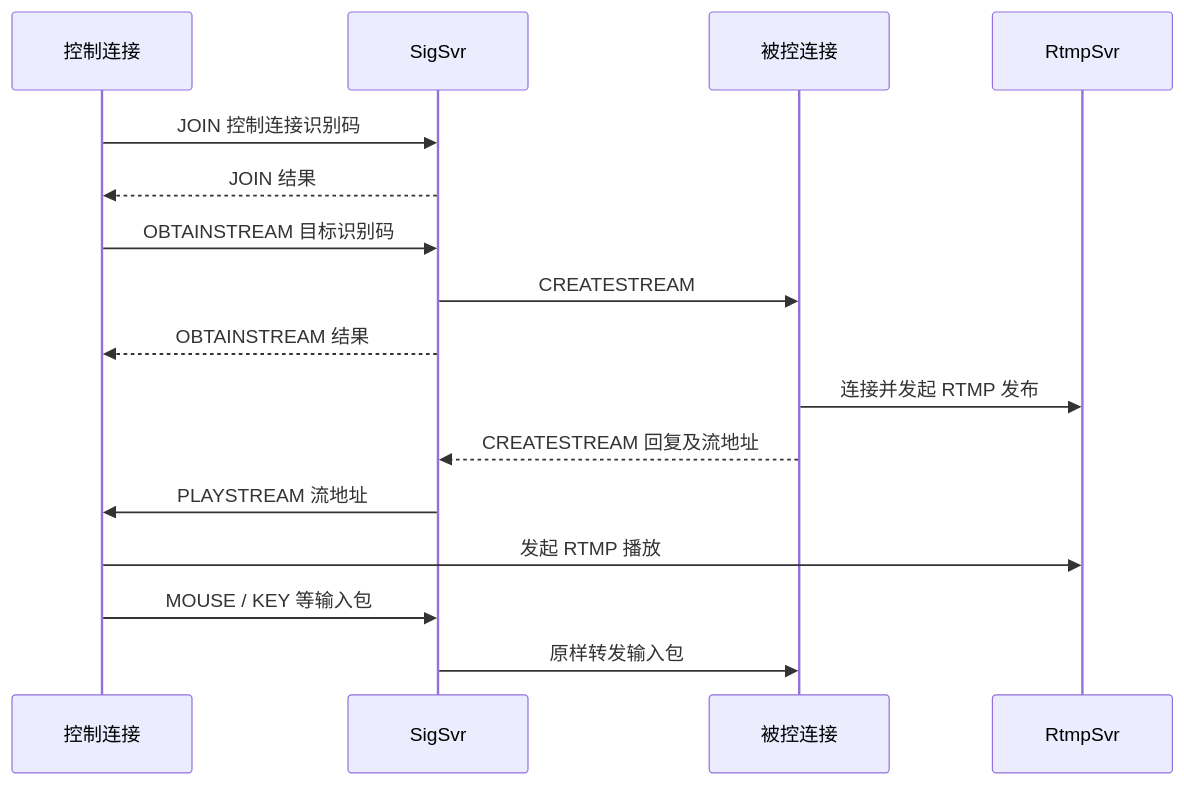
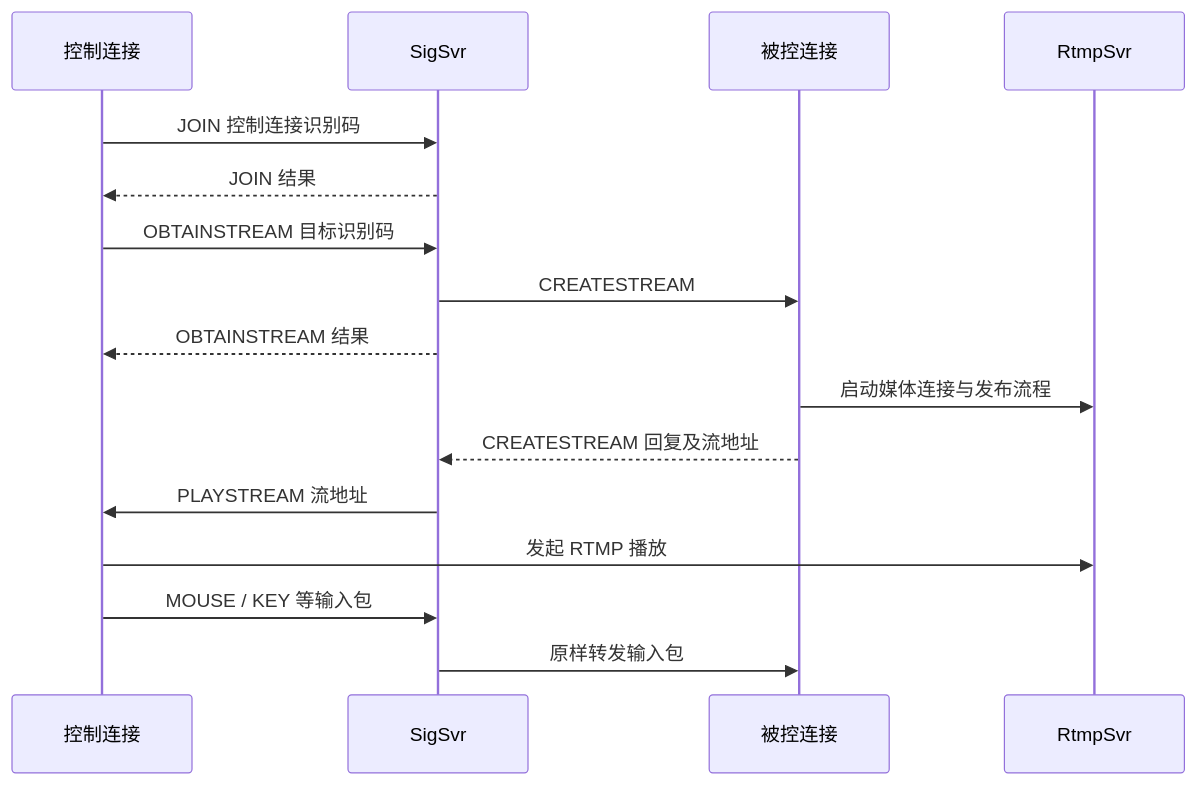
Before and after one commit to slimesq/ENET: the second of 2 diagrams in docs/项目学习规划.md, drawn with Mermaid. The commit also changed other lines of this file and 8 other files, not shown here.

````diff
--- a/docs/项目学习规划.md
+++ b/docs/项目学习规划.md
@@ -459,18 +463,18 @@
 ```mermaid
 sequenceDiagram
     participant A as 控制连接
     participant S as SigSvr
     participant B as 被控连接
     participant R as RtmpSvr
     A->>S: JOIN 控制连接识别码
     S-->>A: JOIN 结果
     A->>S: OBTAINSTREAM 目标识别码
     S->>B: CREATESTREAM
     S-->>A: OBTAINSTREAM 结果
-    B->>R: 连接并发起 RTMP 发布
+    B->>R: 启动媒体连接与发布流程
     B-->>S: CREATESTREAM 回复及流地址
     S->>A: PLAYSTREAM 流地址
     A->>R: 发起 RTMP 播放
     A->>S: MOUSE / KEY 等输入包
     S->>B: 原样转发输入包
 ```
````
